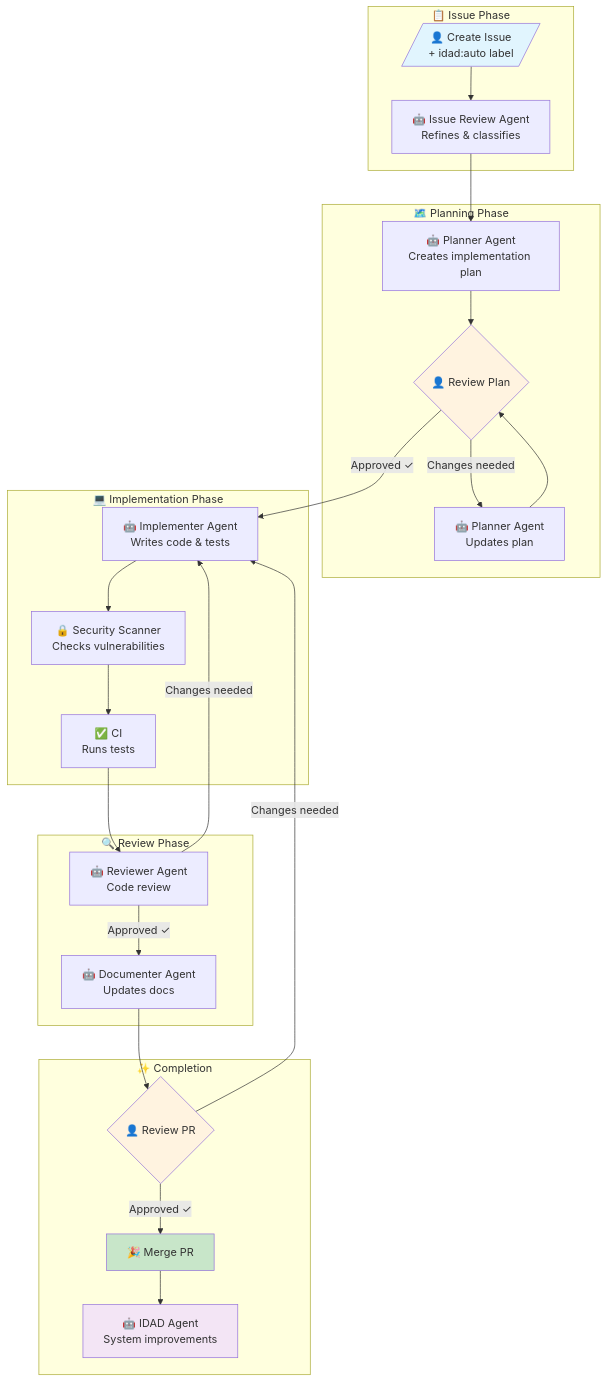
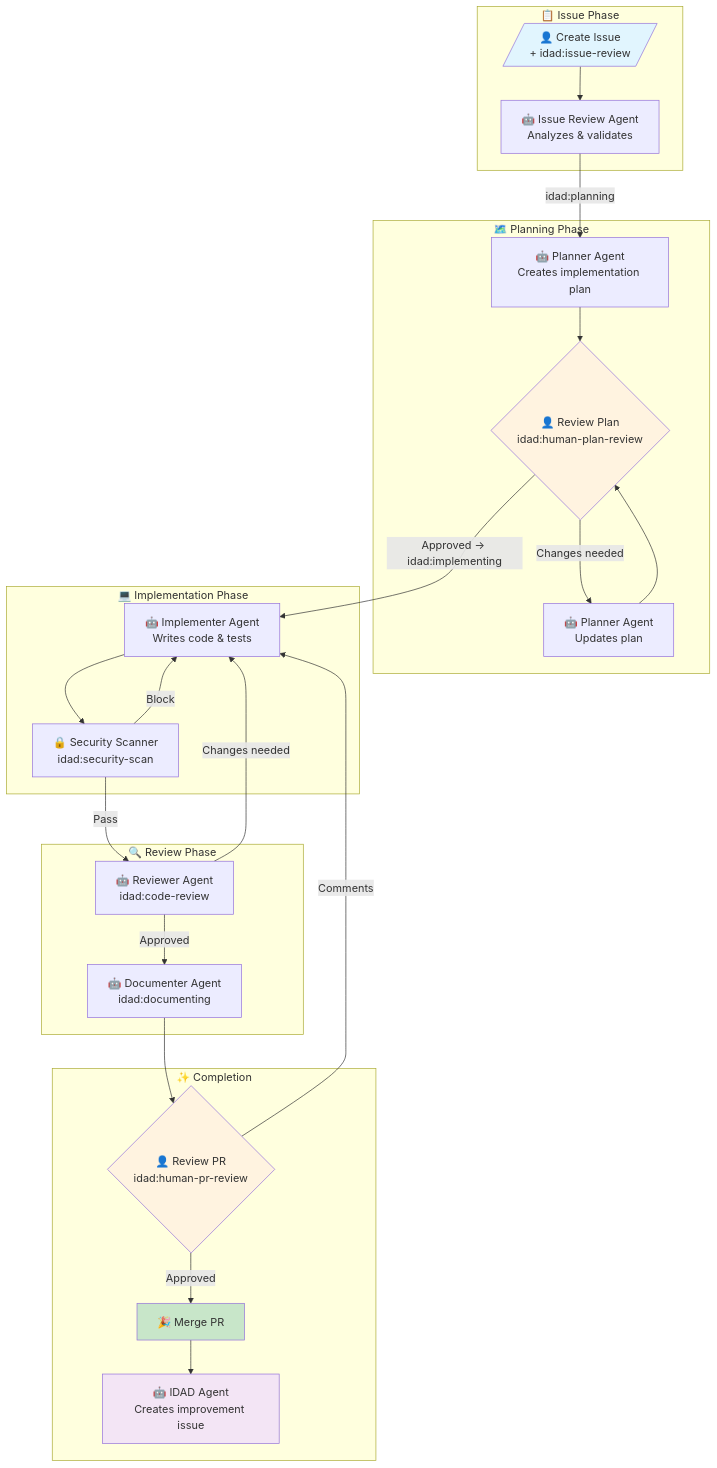
The diagram in README.md (kidrecursive/IDAD), drawn with Mermaid before and after one commit. The commit also changed other lines of this file and 21 other files, not shown here.

````diff
--- a/README.md
+++ b/README.md
@@ -291,52 +293,51 @@
 ```mermaid
 flowchart TD
     subgraph Issue["📋 Issue Phase"]
-        A[/"👤 Create Issue<br/>+ idad:auto label"/]
-        B["🤖 Issue Review Agent<br/>Refines & classifies"]
+        A[/"👤 Create Issue<br/>+ idad:issue-review"/]
+        B["🤖 Issue Review Agent<br/>Analyzes & validates"]
     end
 
     subgraph Planning["🗺️ Planning Phase"]
         C["🤖 Planner Agent<br/>Creates implementation plan"]
-        D{"👤 Review Plan"}
+        D{"👤 Review Plan<br/>idad:human-plan-review"}
         E["🤖 Planner Agent<br/>Updates plan"]
     end
 
     subgraph Implementation["💻 Implementation Phase"]
         F["🤖 Implementer Agent<br/>Writes code & tests"]
-        G["🔒 Security Scanner<br/>Checks vulnerabilities"]
-        H["✅ CI<br/>Runs tests"]
+        G["🔒 Security Scanner<br/>idad:security-scan"]
     end
 
     subgraph Review["🔍 Review Phase"]
-        I["🤖 Reviewer Agent<br/>Code review"]
-        J["🤖 Documenter Agent<br/>Updates docs"]
+        I["🤖 Reviewer Agent<br/>idad:code-review"]
+        J["🤖 Documenter Agent<br/>idad:documenting"]
     end
 
     subgraph Completion["✨ Completion"]
-        K{"👤 Review PR"}
+        K{"👤 Review PR<br/>idad:human-pr-review"}
         L["🎉 Merge PR"]
-        M["🤖 IDAD Agent<br/>System improvements"]
+        M["🤖 IDAD Agent<br/>Creates improvement issue"]
     end
 
     A --> B
-    B --> C
+    B -->|"idad:planning"| C
     C --> D
     D -->|"Changes needed"| E
     E --> D
-    D -->|"Approved ✓"| F
+    D -->|"Approved → idad:implementing"| F
     F --> G
-    G --> H
-    H --> I
+    G -->|"Pass"| I
+    G -->|"Block"| F
     I -->|"Changes needed"| F
-    I -->|"Approved ✓"| J
+    I -->|"Approved"| J
     J --> K
-    K -->|"Changes needed"| F
-    K -->|"Approved ✓"| L
+    K -->|"Comments"| F
+    K -->|"Approved"| L
     L --> M
 
     style A fill:#e1f5fe
     style D fill:#fff3e0
     style K fill:#fff3e0
     style L fill:#c8e6c9
     style M fill:#f3e5f5
 ```
````
